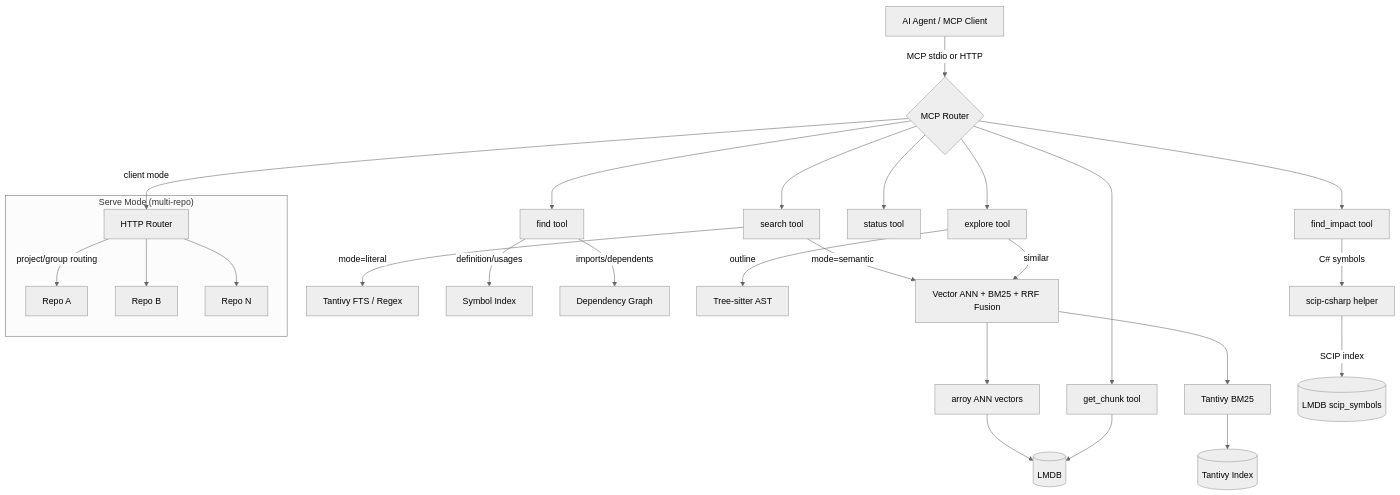
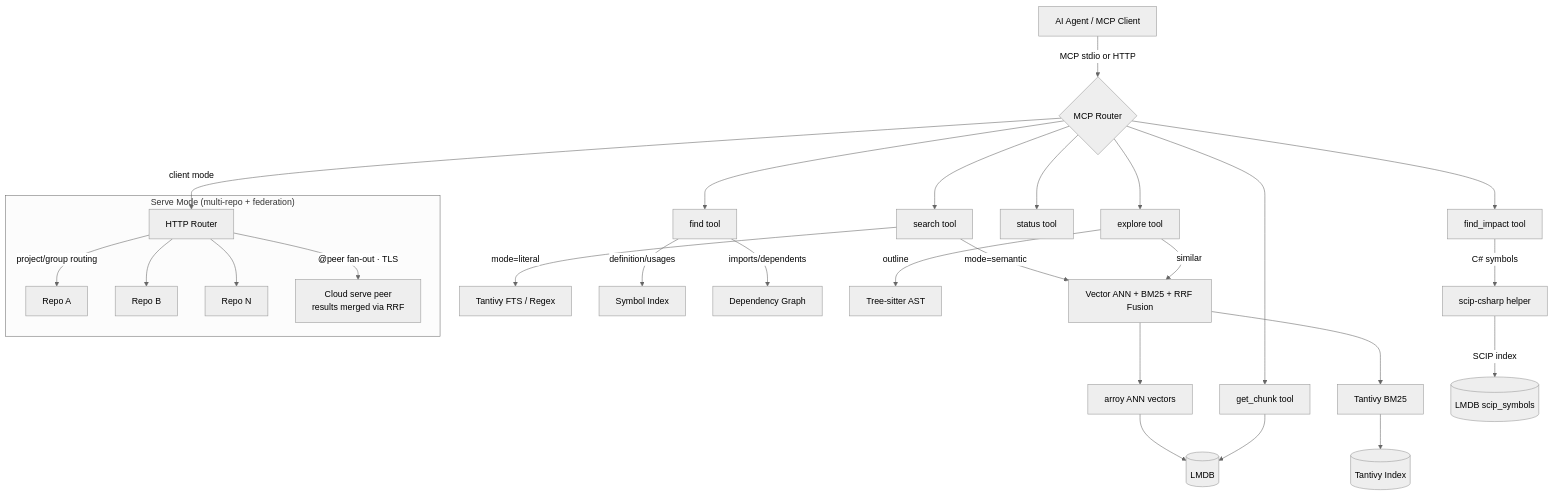
One commit to themarcocara/codesearch changed the diagram in README.md. Above: the diagram before and after it, drawn with Mermaid (neutral theme). The commit also changed other lines of this file and 36 other files, not shown here.

````diff
--- a/README.md
+++ b/README.md
@@ -39,38 +39,39 @@
 ```mermaid
 graph TB
     Agent[AI Agent / MCP Client] -->|MCP stdio or HTTP| Router{MCP Router}
 
     Router --> Search[search tool]
     Router --> Find[find tool]
     Router --> Explore[explore tool]
     Router --> GetChunk[get_chunk tool]
     Router --> FindImpact[find_impact tool]
     Router --> Status[status tool]
 
     Search -->|mode=semantic| Semantic[Vector ANN + BM25 + RRF Fusion]
     Search -->|mode=literal| Literal[Tantivy FTS / Regex]
 
     Find -->|definition/usages| SymbolIndex[Symbol Index]
     Find -->|imports/dependents| DepGraph[Dependency Graph]
 
     Explore -->|outline| TreeSitter[Tree-sitter AST]
     Explore -->|similar| Semantic
 
     Semantic --> Arroy[arroy ANN vectors]
     Semantic --> Tantivy[Tantivy BM25]
     Arroy --> LMDB[(LMDB)]
     Tantivy --> TantivyIdx[(Tantivy Index)]
 
     GetChunk --> LMDB
 
     FindImpact -->|C# symbols| CSharpHelper[scip-csharp helper]
     CSharpHelper -->|SCIP index| ScipLMDB[(LMDB scip_symbols)]
 
-    subgraph "Serve Mode (multi-repo)"
+    subgraph "Serve Mode (multi-repo + federation)"
         ServeRouter[HTTP Router] -->|project/group routing| Repo1[Repo A]
         ServeRouter --> Repo2[Repo B]
         ServeRouter --> RepoN[Repo N]
+        ServeRouter -->|"@peer fan-out · TLS"| CloudPeer["Cloud serve peer<br/>results merged via RRF"]
     end
 
     Router -->|client mode| ServeRouter
 ```
````
